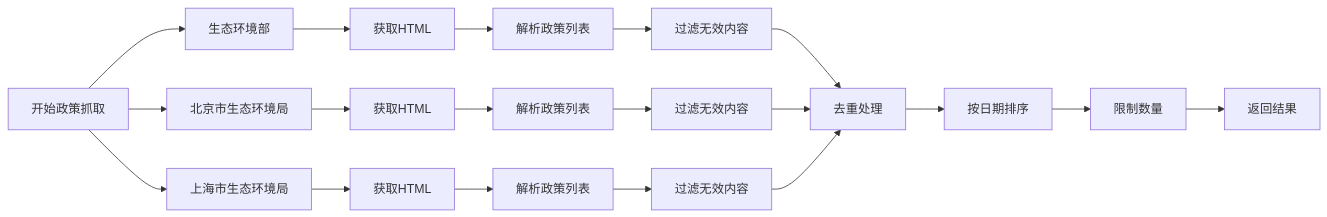
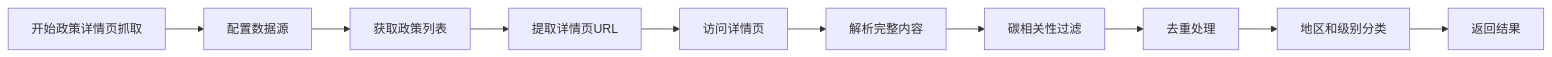
The eighth of 16 diagrams in .qoder/repowiki/zh/content/部署与维护/自动化每日报告系统.md (liangxuanliang-cmd/carbon-info-agent), drawn with Mermaid before and after one commit. The commit also changed other lines of this file and 21 other files, not shown here.

````diff
--- a/.qoder/repowiki/zh/content/部署与维护/自动化每日报告系统.md
+++ b/.qoder/repowiki/zh/content/部署与维护/自动化每日报告系统.md
@@ -389,21 +386,12 @@
 ```mermaid
 flowchart LR
-Start[开始政策抓取] --> Source1[生态环境部]
-Start --> Source2[北京市生态环境局]
-Start --> Source3[上海市生态环境局]
-Source1 --> Fetch1[获取HTML]
-Source2 --> Fetch2[获取HTML]
-Source3 --> Fetch3[获取HTML]
-Fetch1 --> Parse1[解析政策列表]
-Fetch2 --> Parse2[解析政策列表]
-Fetch3 --> Parse3[解析政策列表]
-Parse1 --> Filter1[过滤无效内容]
-Parse2 --> Filter2[过滤无效内容]
-Parse3 --> Filter3[过滤无效内容]
-Filter1 --> Dedup[去重处理]
-Filter2 --> Dedup
-Filter3 --> Dedup
-Dedup --> Sort[按日期排序]
-Sort --> Limit[限制数量]
-Limit --> End[返回结果]
+Start[开始政策详情页抓取] --> SourceConfig[配置数据源]
+SourceConfig --> ListFetch[获取政策列表]
+ListFetch --> UrlExtract[提取详情页URL]
+UrlExtract --> DetailFetch[访问详情页]
+DetailFetch --> ContentParse[解析完整内容]
+ContentParse --> CarbonFilter[碳相关性过滤]
+CarbonFilter --> Dedup[去重处理]
+Dedup --> RegionLevel[地区和级别分类]
+RegionLevel --> End[返回结果]
 ```
````
